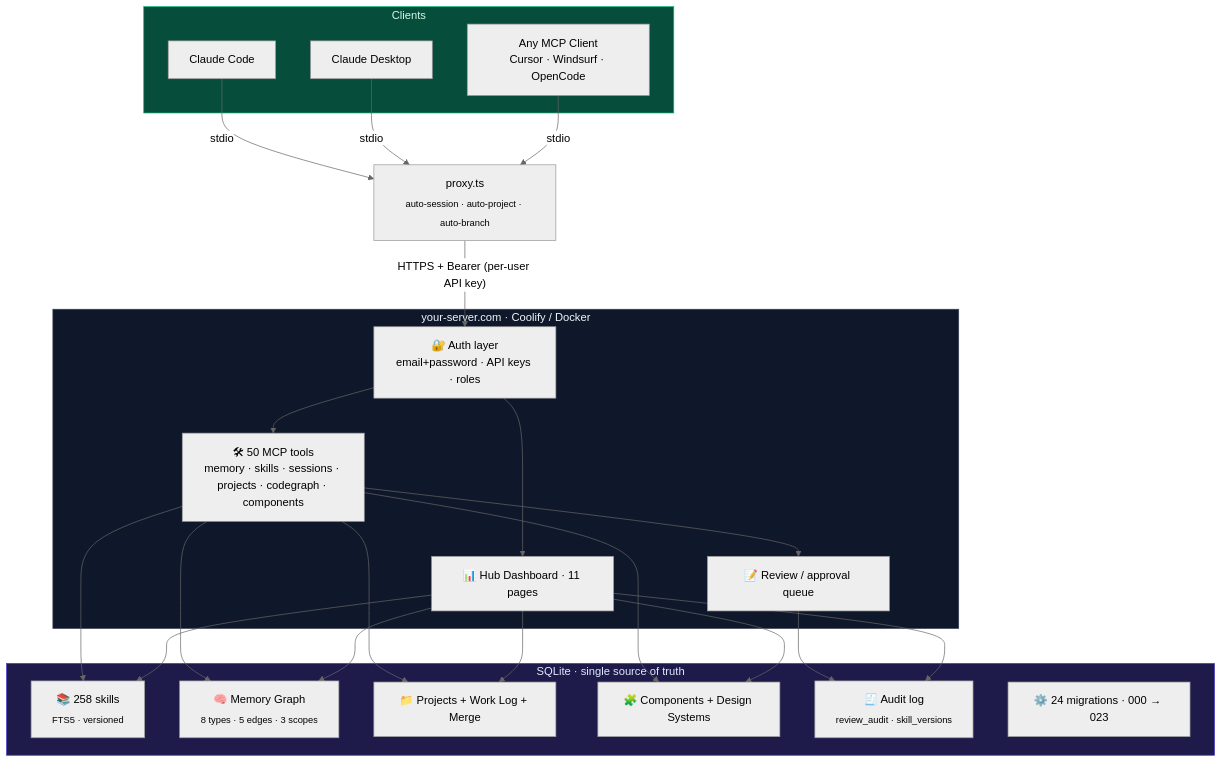
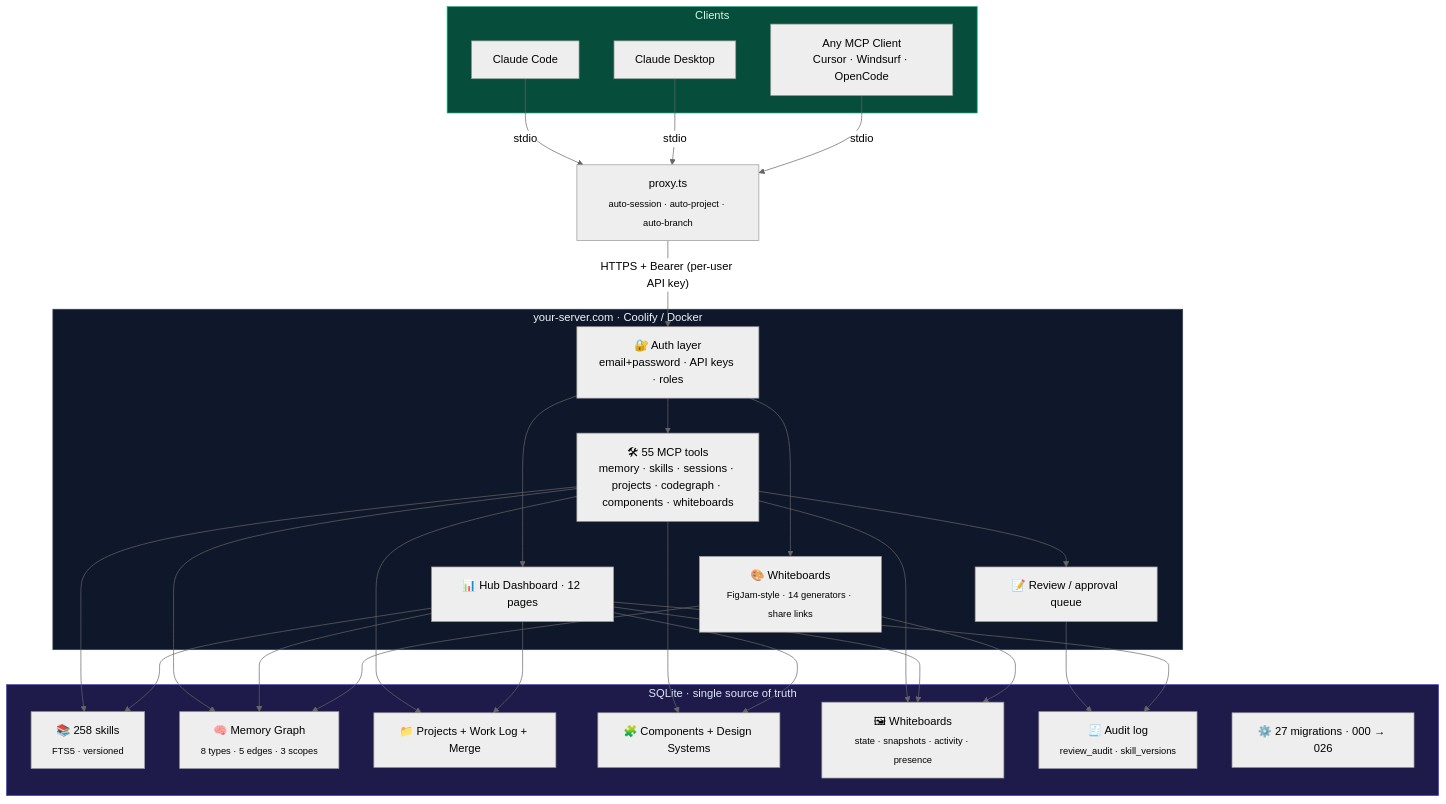
Before and after one commit to deve1993/skillbrain: the diagram in README.md, drawn with Mermaid (neutral theme). The commit also changed other lines of this file, not shown here.

First line of the commit message:
docs(readme): add Whiteboards (system 13, 5 new MCP tools, 12-page dashboard)

````diff
--- a/README.md
+++ b/README.md
@@ -352,51 +377,58 @@
 ```mermaid
 flowchart TB
     subgraph Clients["Clients"]
         CC[Claude Code]
         CD[Claude Desktop]
         AM[Any MCP Client<br/>Cursor · Windsurf · OpenCode]
     end
 
     Proxy["proxy.ts<br/><sub>auto-session · auto-project · auto-branch</sub>"]
 
     subgraph Server["your-server.com · Coolify / Docker"]
         Auth["🔐 Auth layer<br/>email+password · API keys · roles"]
-        Tools["🛠 50 MCP tools<br/>memory · skills · sessions · projects · codegraph · components"]
+        Tools["🛠 55 MCP tools<br/>memory · skills · sessions · projects · codegraph · components · whiteboards"]
         Review["📝 Review / approval queue"]
-        Hub["📊 Hub Dashboard · 11 pages"]
+        Hub["📊 Hub Dashboard · 12 pages"]
+        Whiteboards["🎨 Whiteboards<br/><sub>FigJam-style · 14 generators · share links</sub>"]
     end
 
     subgraph Storage["SQLite · single source of truth"]
         Skills["📚 258 skills<br/><sub>FTS5 · versioned</sub>"]
         Memory["🧠 Memory Graph<br/><sub>8 types · 5 edges · 3 scopes</sub>"]
         Projects["📁 Projects + Work Log + Merge"]
         Components["🧩 Components + Design Systems"]
+        Boards["🖼 Whiteboards<br/><sub>state · snapshots · activity · presence</sub>"]
         Audit["🧾 Audit log<br/><sub>review_audit · skill_versions</sub>"]
-        Migrations["⚙️ 24 migrations · 000 → 023"]
+        Migrations["⚙️ 27 migrations · 000 → 026"]
     end
 
     CC -- stdio --> Proxy
     CD -- stdio --> Proxy
     AM -- stdio --> Proxy
     Proxy -- "HTTPS + Bearer (per-user API key)" --> Auth
     Auth --> Tools
     Auth --> Hub
+    Auth --> Whiteboards
     Tools --> Review
     Tools --> Skills
     Tools --> Memory
     Tools --> Projects
     Tools --> Components
+    Tools --> Boards
     Review --> Audit
     Hub --> Skills
     Hub --> Memory
     Hub --> Projects
     Hub --> Components
+    Hub --> Boards
     Hub --> Audit
+    Whiteboards --> Boards
+    Whiteboards --> Memory
 
     classDef server fill:#0f172a,stroke:#334155,color:#f1f5f9
     classDef store fill:#1e1b4b,stroke:#4338ca,color:#e0e7ff
     classDef client fill:#064e3b,stroke:#10b981,color:#d1fae5
     class Server server
     class Storage store
     class Clients client
 ```
````
